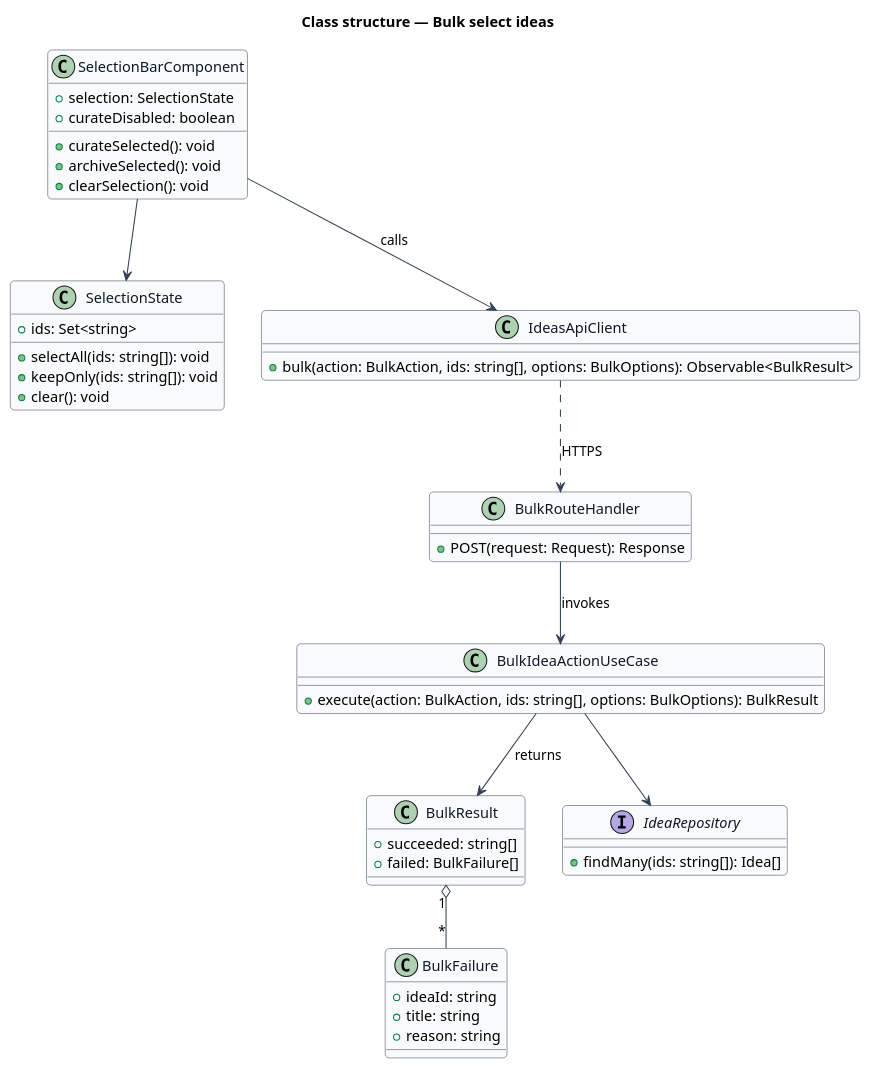
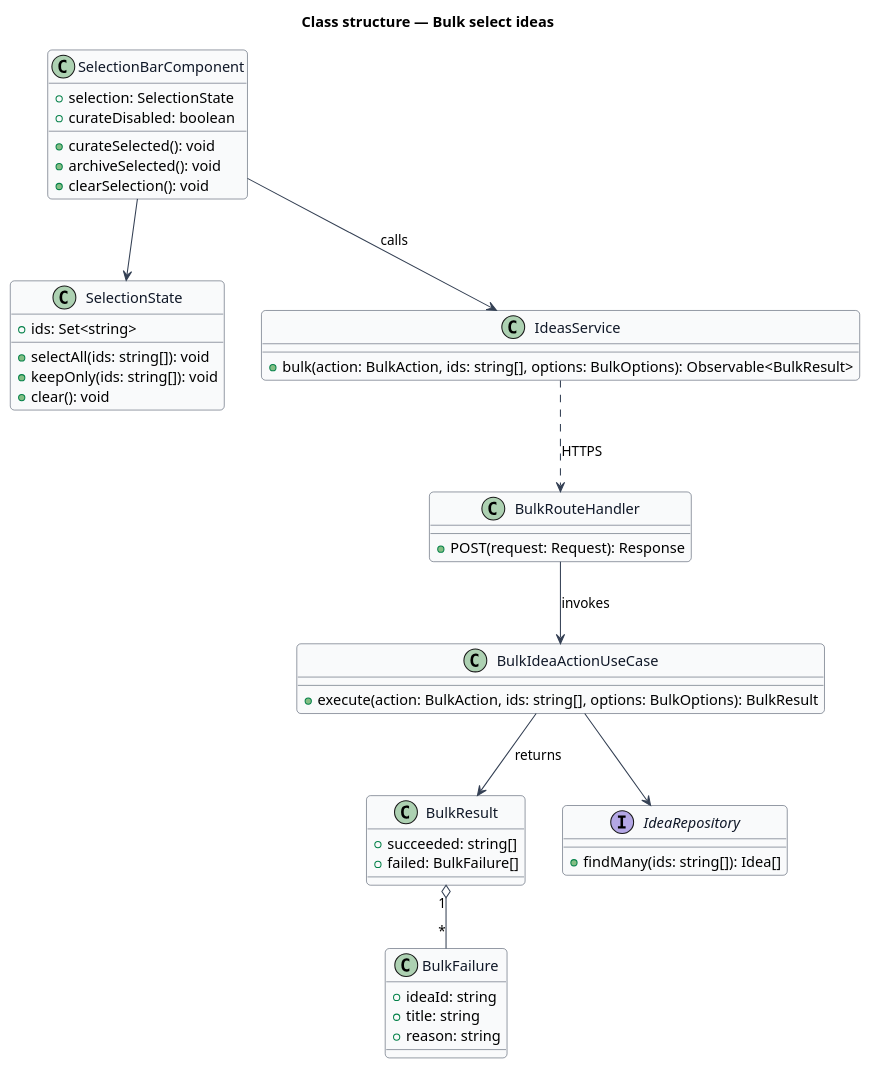
Before and after one commit to QuinntyneBrown/cullr: the diagram in docs/detailed-designs/ideas/bulk-select-ideas/diagrams/class-structure.puml, drawn with PlantUML. The commit also changed 231 other files, not shown here.

```diff
--- a/docs/detailed-designs/ideas/bulk-select-ideas/diagrams/class-structure.puml
+++ b/docs/detailed-designs/ideas/bulk-select-ideas/diagrams/class-structure.puml
@@ -1,55 +1,55 @@
 @startuml
 skinparam backgroundColor #FFFFFF
 skinparam shadowing false
 skinparam roundcorner 8
 skinparam defaultFontName Arial
 skinparam ArrowColor #344054
 skinparam class {
   BorderColor #344054
   FontColor #101828
   BackgroundColor #F9FAFB
 }
 title Class structure — Bulk select ideas
 
 class SelectionBarComponent {
   +selection: SelectionState
   +curateDisabled: boolean
   +curateSelected(): void
   +archiveSelected(): void
   +clearSelection(): void
 }
 class SelectionState {
   +ids: Set<string>
   +selectAll(ids: string[]): void
   +keepOnly(ids: string[]): void
   +clear(): void
 }
-class IdeasApiClient {
+class IdeasService {
   +bulk(action: BulkAction, ids: string[], options: BulkOptions): Observable<BulkResult>
 }
 class BulkRouteHandler {
   +POST(request: Request): Response
 }
 class BulkIdeaActionUseCase {
   +execute(action: BulkAction, ids: string[], options: BulkOptions): BulkResult
 }
 class BulkResult {
   +succeeded: string[]
   +failed: BulkFailure[]
 }
 class BulkFailure {
   +ideaId: string
   +title: string
   +reason: string
 }
 interface IdeaRepository {
   +findMany(ids: string[]): Idea[]
 }
 SelectionBarComponent --> SelectionState
-SelectionBarComponent --> IdeasApiClient : calls
-IdeasApiClient ..> BulkRouteHandler : HTTPS
+SelectionBarComponent --> IdeasService : calls
+IdeasService ..> BulkRouteHandler : HTTPS
 BulkRouteHandler --> BulkIdeaActionUseCase : invokes
 BulkIdeaActionUseCase --> IdeaRepository
 BulkIdeaActionUseCase --> BulkResult : returns
 BulkResult "1" o-- "*" BulkFailure
 @enduml
```
